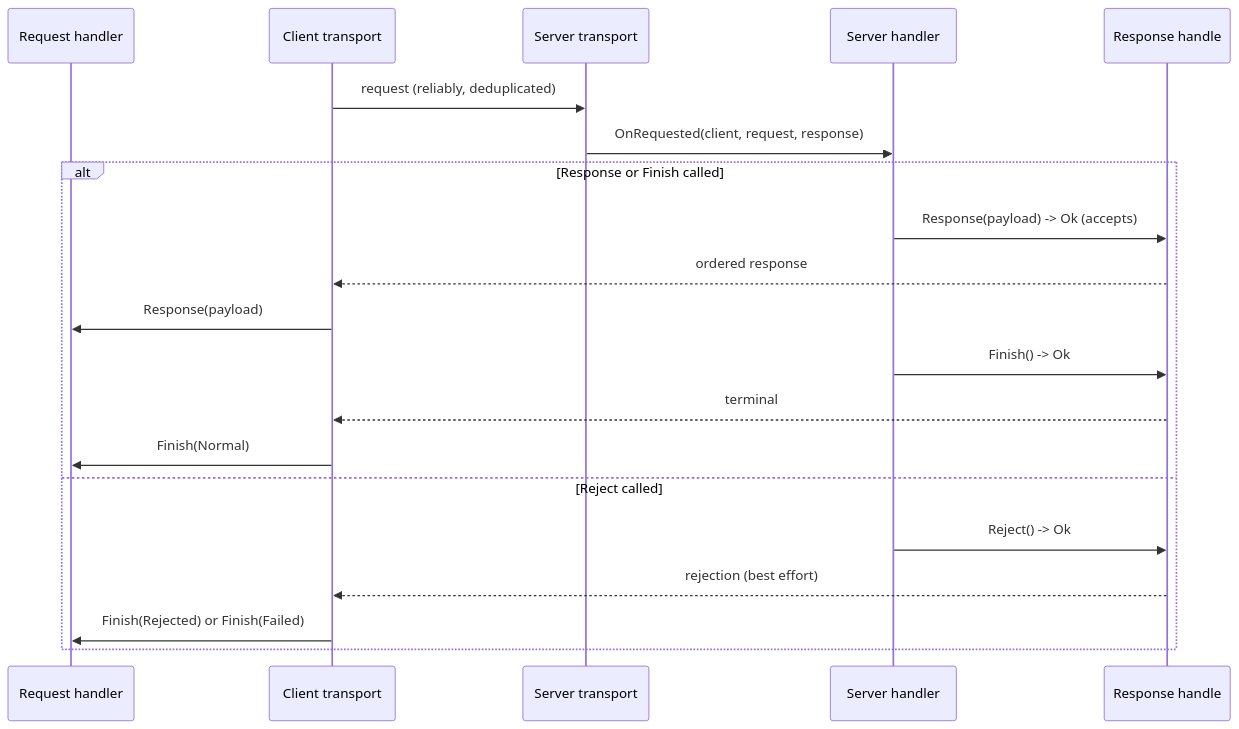
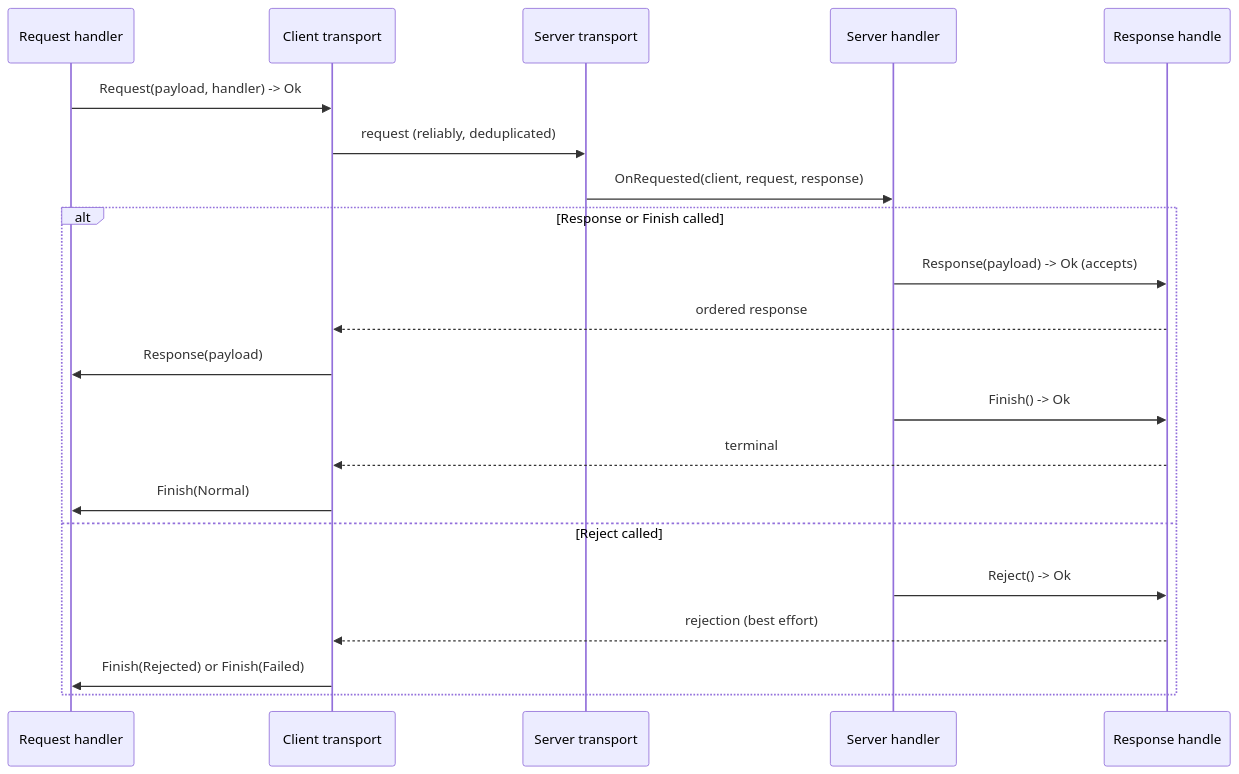
One commit to FyodorZh/Pontifex changed the diagram in Pontifex/Abstractions/Transports/RR/Reliable/Specification.md. Above: the diagram before and after it, drawn with Mermaid. The commit also changed other lines of this file and 16 other files, not shown here.

````diff
--- a/Pontifex/Abstractions/Transports/RR/Reliable/Specification.md
+++ b/Pontifex/Abstractions/Transports/RR/Reliable/Specification.md
@@ -578,23 +247,24 @@
 ```mermaid
 sequenceDiagram
     participant C as Request handler
     participant CE as Client transport
     participant ST as Server transport
     participant S as Server handler
     participant R as Response handle
 
+    C->>CE: Request(payload, handler) -> Ok
     CE->>ST: request (reliably, deduplicated)
     ST->>S: OnRequested(client, request, response)
     alt Response or Finish called
         S->>R: Response(payload) -> Ok (accepts)
         R-->>CE: ordered response
         CE->>C: Response(payload)
         S->>R: Finish() -> Ok
         R-->>CE: terminal
         CE->>C: Finish(Normal)
     else Reject called
         S->>R: Reject() -> Ok
         R-->>CE: rejection (best effort)
         CE->>C: Finish(Rejected) or Finish(Failed)
     end
 ```
````
